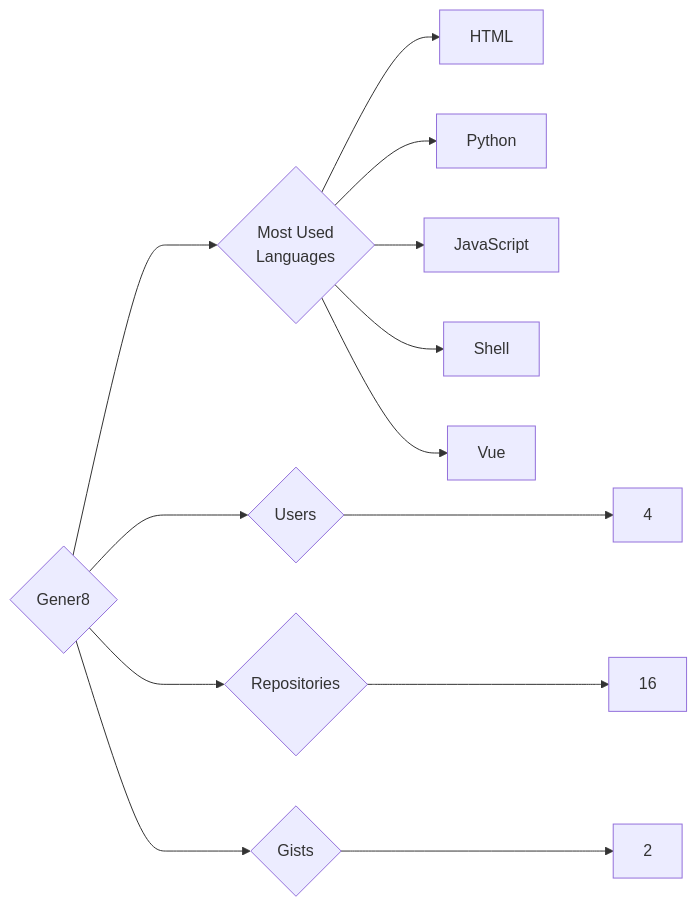
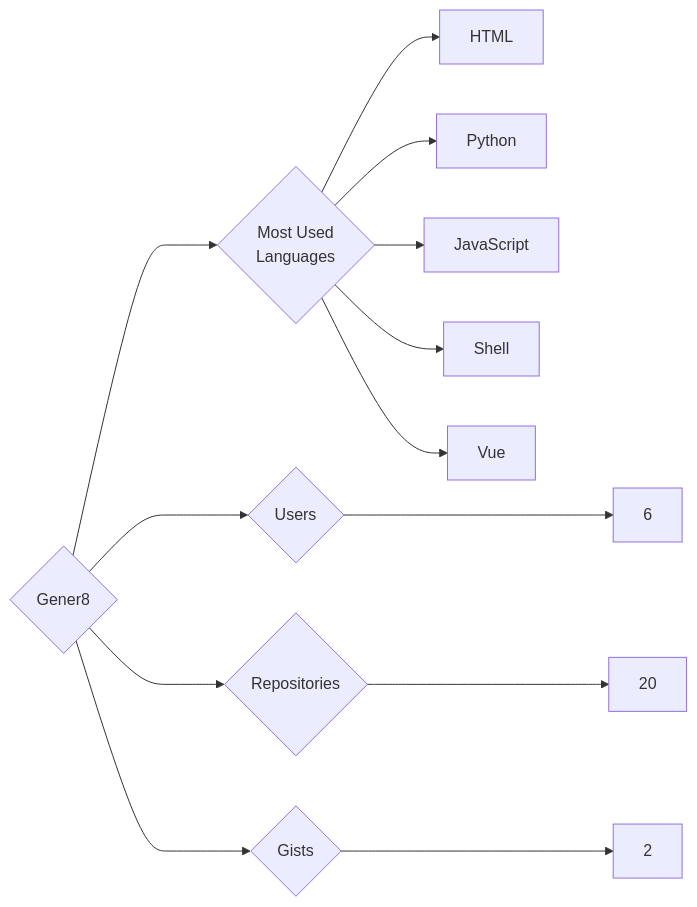
One commit to trickest/insiders changed the diagram in targets/Gener8/README.md. Above: the diagram before and after it, drawn with Mermaid. The commit also changed 993 other files, not shown here.

````diff
--- a/targets/Gener8/README.md
+++ b/targets/Gener8/README.md
@@ -3,13 +3,13 @@
 ```mermaid
 graph LR
 COMPANY_NAME{Gener8}
-COMPANY_NAME ---> U{Users} ---> UN[4]
-COMPANY_NAME ---> R{Repositories} ---> RN[16]
+COMPANY_NAME ---> U{Users} ---> UN[6]
+COMPANY_NAME ---> R{Repositories} ---> RN[20]
 COMPANY_NAME ---> G{Gists} ---> GN[2]
 COMPANY_NAME ---> ML{Most Used<br>Languages}
 ML --> HTML[HTML]
 ML --> Python[Python]
 ML --> JavaScript[JavaScript]
 ML --> Shell[Shell]
 ML --> Vue[Vue]
 ```
````
